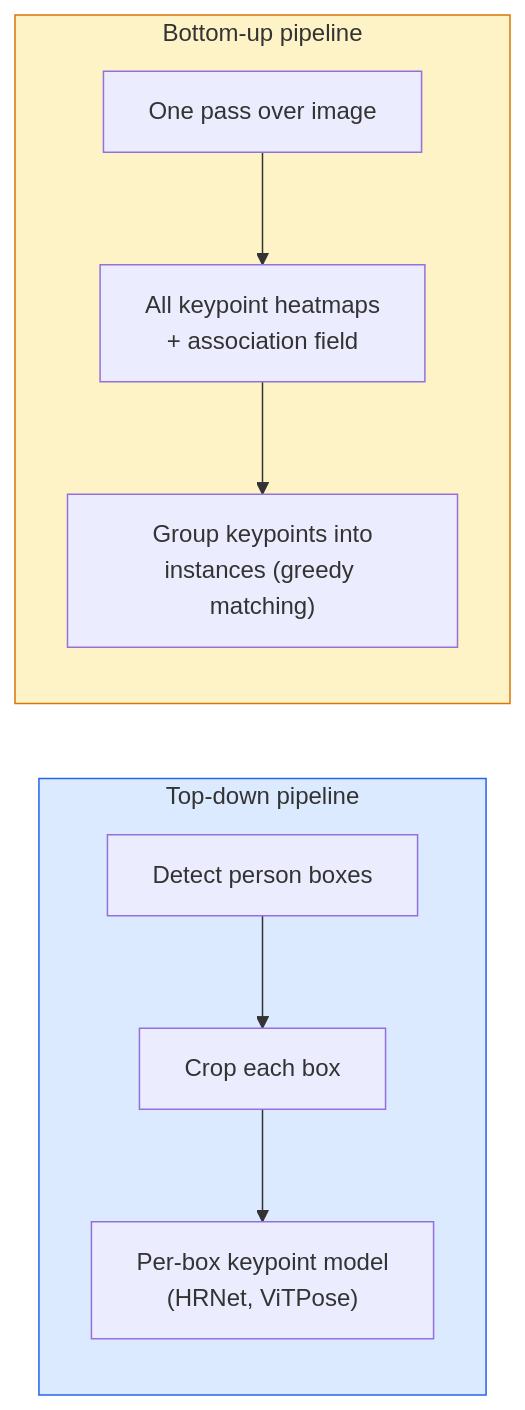
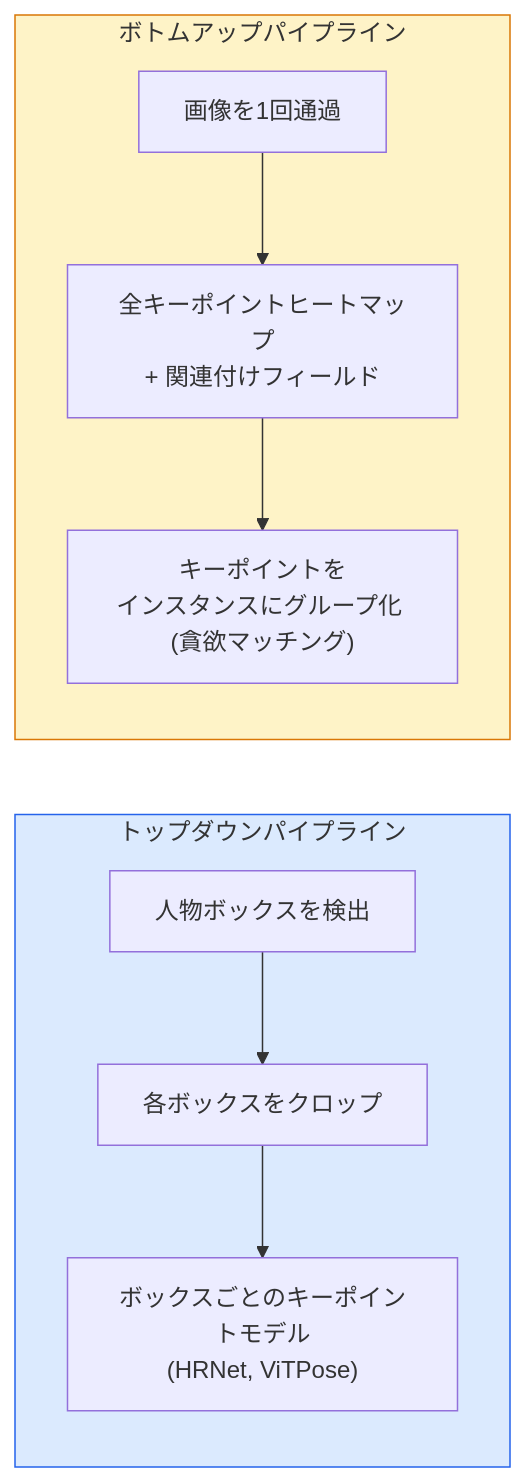
Before and after one commit to shoshoshomen/synapse-academy: the diagram in content/phases/04-computer-vision/21-keypoint-pose/lesson.ja.md, drawn with Mermaid. The commit also changed 124 other files, not shown here.

First line of the commit message:
feat(i18n): mermaid図のラベルを日本語化(194レッスン/374図)

````diff
--- a/content/phases/04-computer-vision/21-keypoint-pose/lesson.ja.md
+++ b/content/phases/04-computer-vision/21-keypoint-pose/lesson.ja.md
@@ -25,14 +25,14 @@
 ```mermaid
 flowchart LR
-    subgraph TD["Top-down pipeline"]
-        A1["Detect person boxes"] --> A2["Crop each box"]
-        A2 --> A3["Per-box keypoint model<br/>(HRNet, ViTPose)"]
+    subgraph TD["トップダウンパイプライン"]
+        A1["人物ボックスを検出"] --> A2["各ボックスをクロップ"]
+        A2 --> A3["ボックスごとのキーポイントモデル\n(HRNet, ViTPose)"]
     end
-    subgraph BU["Bottom-up pipeline"]
-        B1["One pass over image"] --> B2["All keypoint heatmaps<br/>+ association field"]
-        B2 --> B3["Group keypoints into<br/>instances (greedy matching)"]
+    subgraph BU["ボトムアップパイプライン"]
+        B1["画像を1回通過"] --> B2["全キーポイントヒートマップ\n+ 関連付けフィールド"]
+        B2 --> B3["キーポイントを\nインスタンスにグループ化 (貪欲マッチング)"]
     end
 
     style TD fill:#dbeafe,stroke:#2563eb
     style BU fill:#fef3c7,stroke:#d97706
 ```
````
